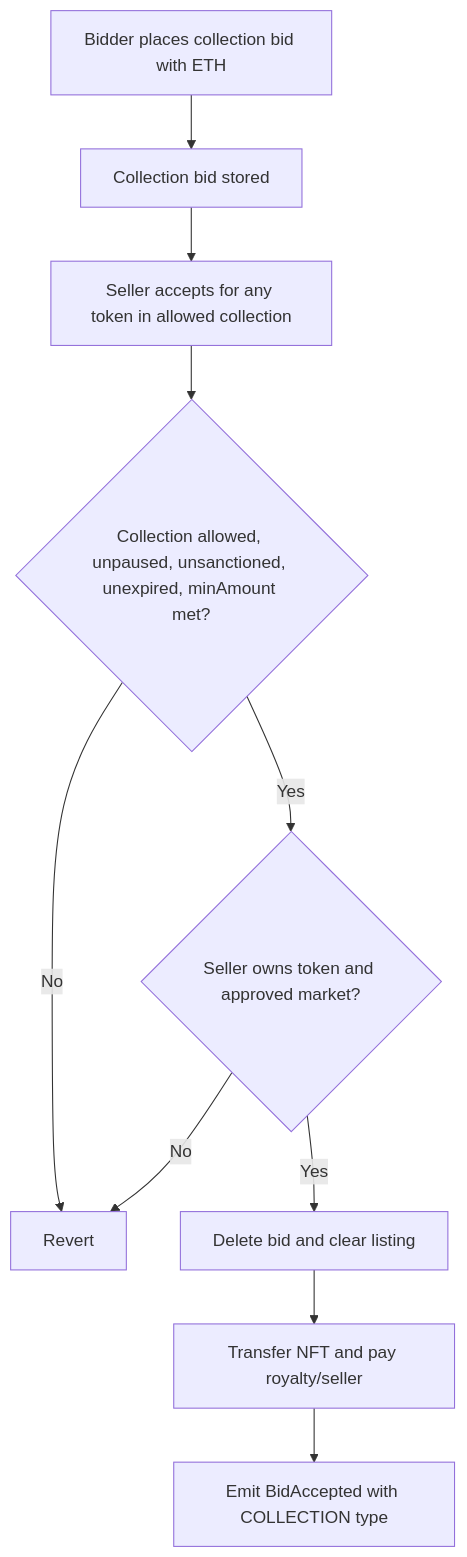
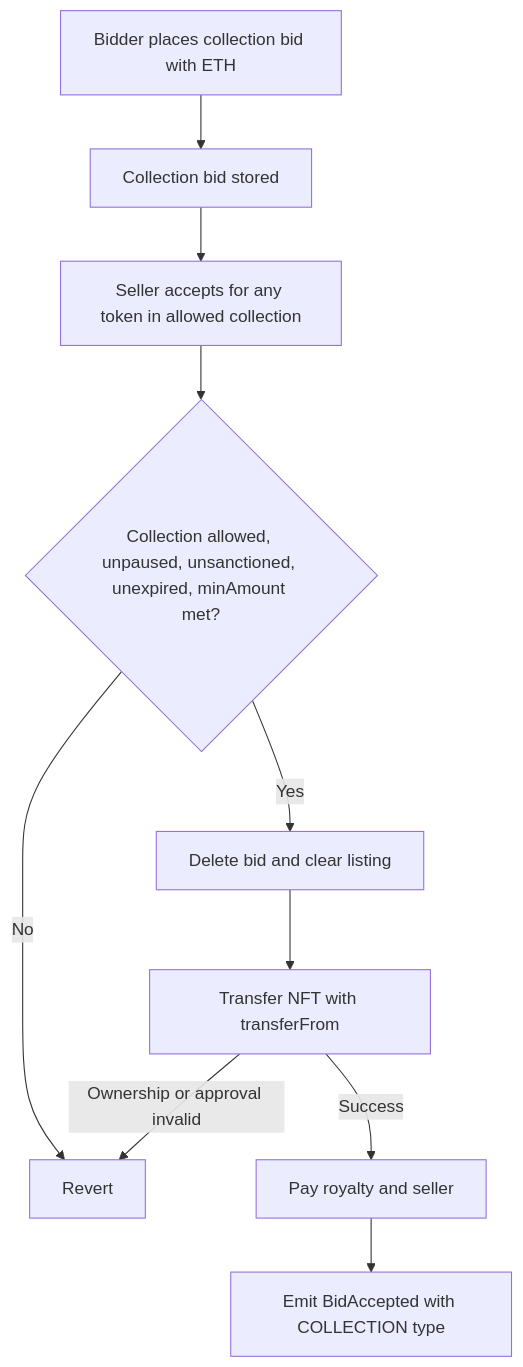
Before and after one commit to mpeyfuss/luci-market: the third of 4 diagrams in README.md, drawn with Mermaid. The commit also changed other lines of this file, not shown here.

````diff
--- a/README.md
+++ b/README.md
@@ -85,12 +84,12 @@
 ```mermaid
 flowchart TD
     A[Bidder places collection bid with ETH] --> B[Collection bid stored]
     B --> C[Seller accepts for any token in allowed collection]
     C --> D{Collection allowed, unpaused, unsanctioned, unexpired, minAmount met?}
     D -- No --> X[Revert]
-    D -- Yes --> E{Seller owns token and approved market?}
-    E -- No --> X
-    E -- Yes --> F[Delete bid and clear listing]
-    F --> G[Transfer NFT and pay royalty/seller]
+    D -- Yes --> E[Delete bid and clear listing]
+    E --> F[Transfer NFT with transferFrom]
+    F -- Ownership or approval invalid --> X
+    F -- Success --> G[Pay royalty and seller]
     G --> H[Emit BidAccepted with COLLECTION type]
 ```
````
